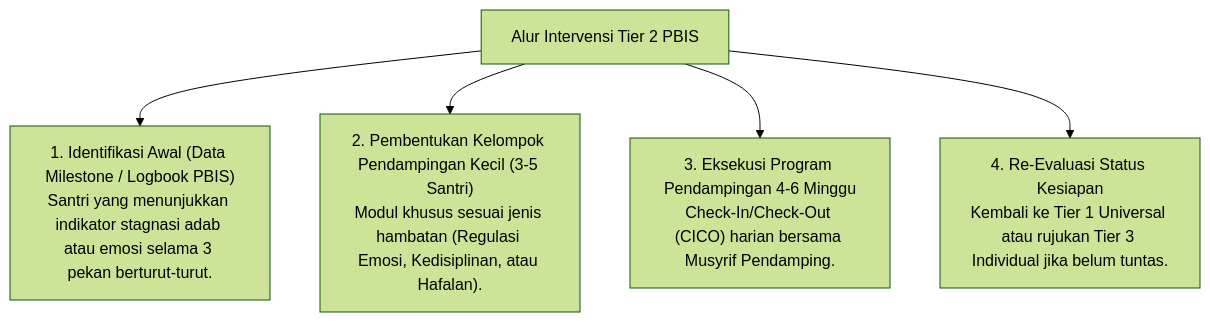
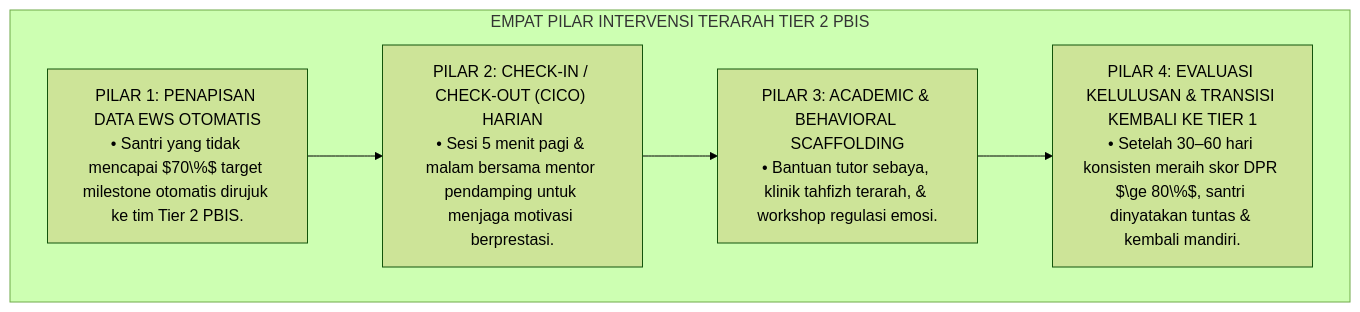
One commit to wandiapriliyandi/tumbuh changed the sixth of 6 diagrams in 04 Progression Framework/05 Growth Milestones/P4-05-04-Protokol-Intervensi-Tier-2-PBIS-Santri-Tertinggal.md. Above: the diagram before and after it, drawn with Mermaid (forest theme). The commit also changed other lines of this file and 6 other files, not shown here.

````diff
--- a/04 Progression Framework/05 Growth Milestones/P4-05-04-Protokol-Intervensi-Tier-2-PBIS-Santri-Tertinggal.md
+++ b/04 Progression Framework/05 Growth Milestones/P4-05-04-Protokol-Intervensi-Tier-2-PBIS-Santri-Tertinggal.md
@@ -14,8 +167,14 @@
 ```mermaid
-graph TD
-    Tier2Process["Alur Intervensi Tier 2 PBIS"]
-    Tier2Process --> Identify["1. Identifikasi Awal (Data Milestone / Logbook PBIS)<br/>Santri yang menunjukkan indikator stagnasi adab atau emosi selama 3 pekan berturut-turut."]
-    Tier2Process --> Grouping["2. Pembentukan Kelompok Pendampingan Kecil (3-5 Santri)<br/>Modul khusus sesuai jenis hambatan (Regulasi Emosi, Kedisiplinan, atau Hafalan)."]
-    Tier2Process --> Execution["3. Eksekusi Program Pendampingan 4-6 Minggu<br/>Check-In/Check-Out (CICO) harian bersama Musyrif Pendamping."]
-    Tier2Process --> Exit["4. Re-Evaluasi Status Kesiapan<br/>Kembali ke Tier 1 Universal atau rujukan Tier 3 Individual jika belum tuntas."]
+flowchart TD
+    subgraph ArsitekturTier2PBIS["EMPAT PILAR INTERVENSI TERARAH TIER 2 PBIS"]
+        P1["PILAR 1: PENAPISAN DATA EWS OTOMATIS<br/>• Santri yang tidak mencapai $70\%$ target milestone otomatis dirujuk ke tim Tier 2 PBIS."]
+        
+        P2["PILAR 2: CHECK-IN / CHECK-OUT (CICO) HARIAN<br/>• Sesi 5 menit pagi & malam bersama mentor pendamping untuk menjaga motivasi berprestasi."]
+        
+        P3["PILAR 3: ACADEMIC & BEHAVIORAL SCAFFOLDING<br/>• Bantuan tutor sebaya, klinik tahfizh terarah, & workshop regulasi emosi."]
+        
+        P4["PILAR 4: EVALUASI KELULUSAN & TRANSISI KEMBALI KE TIER 1<br/>• Setelah 30–60 hari konsisten meraih skor DPR $\ge 80\%$, santri dinyatakan tuntas & kembali mandiri."]
+        
+        P1 --> P2 --> P3 --> P4
+    end
 ```
````
